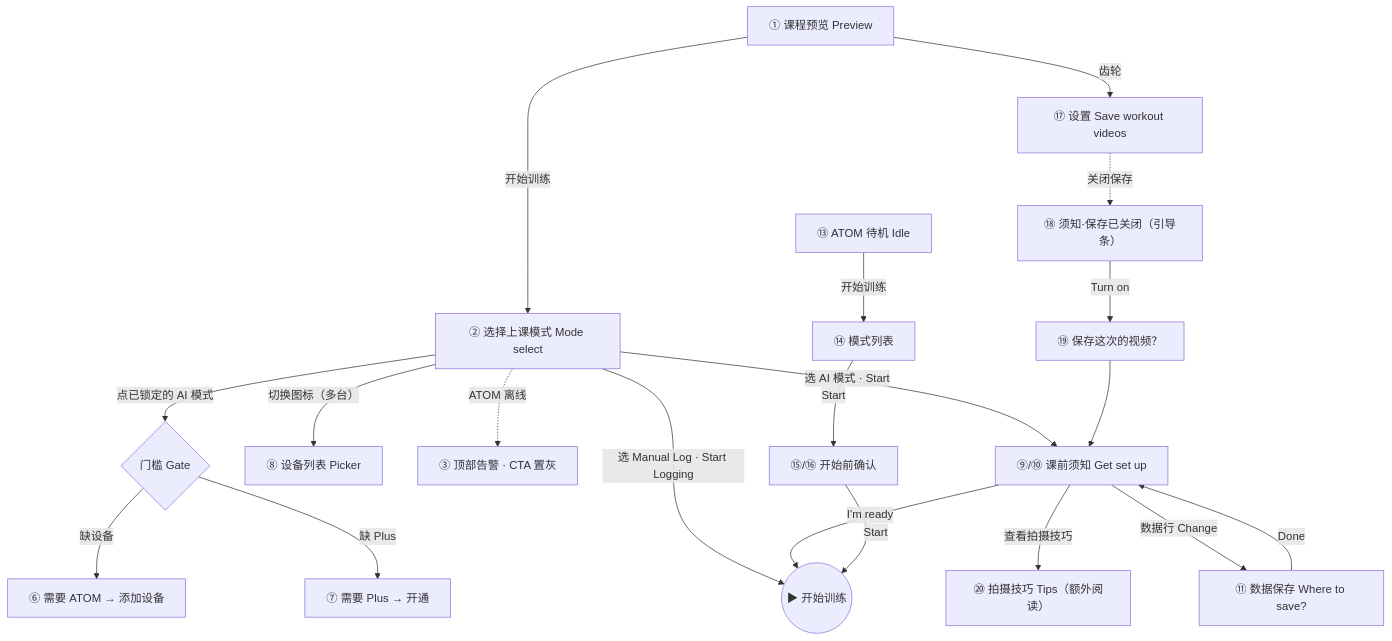
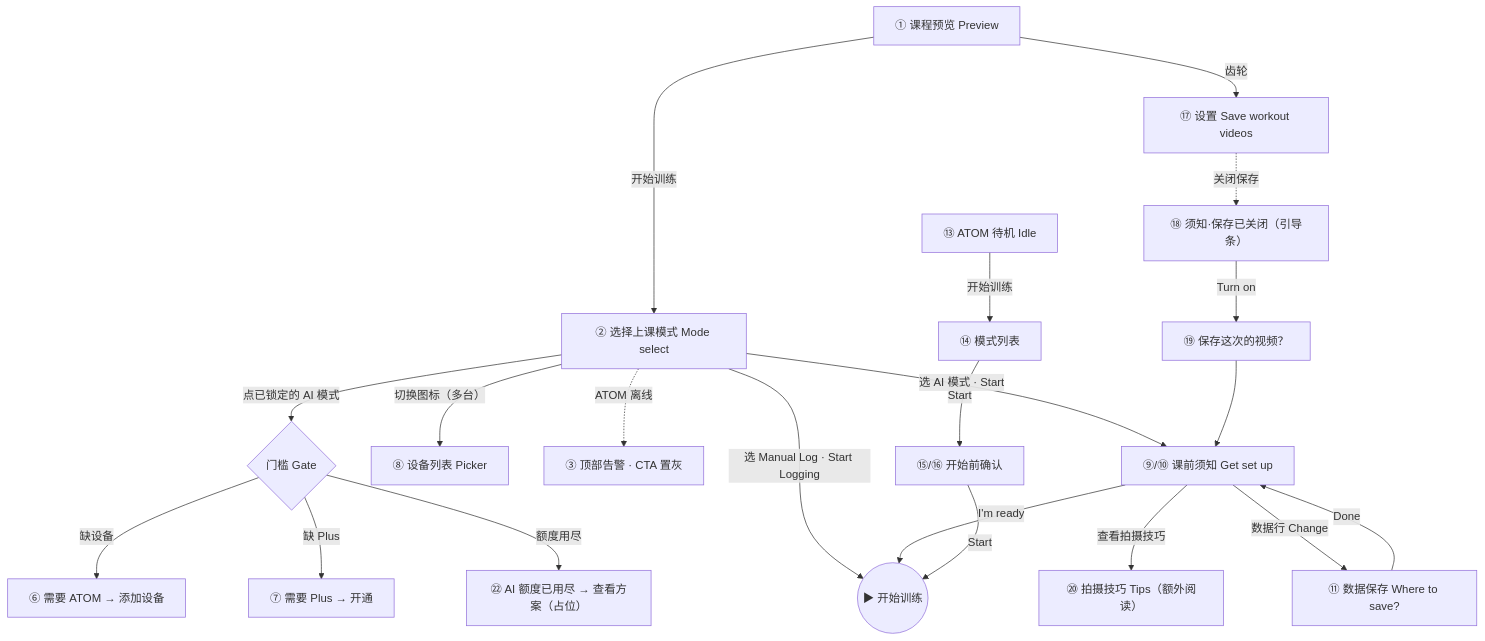
The diagram in PRD-课前模式选择.md (Alexis-Lin/ATOM-PreClass-ModeSelection), drawn with Mermaid before and after one commit. The commit also changed other lines of this file and 43 other files, not shown here.

````diff
--- a/PRD-课前模式选择.md
+++ b/PRD-课前模式选择.md
@@ -165,22 +172,23 @@
 ```mermaid
 flowchart TD
   P0["① 课程预览 Preview"] -->|开始训练| M["② 选择上课模式 Mode select"]
   M -->|点已锁定的 AI 模式| G{"门槛 Gate"}
   G -->|缺设备| G1["⑥ 需要 ATOM → 添加设备"]
   G -->|缺 Plus| G2["⑦ 需要 Plus → 开通"]
+  G -->|额度用尽| G3["㉒ AI 额度已用尽 → 查看方案（占位）"]
   M -->|切换图标（多台）| DP["⑧ 设备列表 Picker"]
   M -.->|ATOM 离线| OFF["③ 顶部告警 · CTA 置灰"]
   M -->|选 Manual Log · Start Logging| START(("▶ 开始训练"))
   M -->|选 AI 模式 · Start| N["⑨/⑩ 课前须知 Get set up"]
   N -->|查看拍摄技巧| T["⑳ 拍摄技巧 Tips（额外阅读）"]
   N -->|数据行 Change| D["⑪ 数据保存 Where to save?"]
   D -->|Done| N
   N -->|I'm ready| START
   P0 -->|齿轮| S["⑰ 设置 Save workout videos"]
   S -.->|关闭保存| N2["⑱ 须知·保存已关闭（引导条）"]
   N2 -->|Turn on| INV["⑲ 保存这次的视频？"]
   INV --> N
   A0["⑬ ATOM 待机 Idle"] -->|开始训练| AM["⑭ 模式列表"]
   AM -->|Start| AC["⑮/⑯ 开始前确认"]
   AC -->|Start| START
 ```
````
